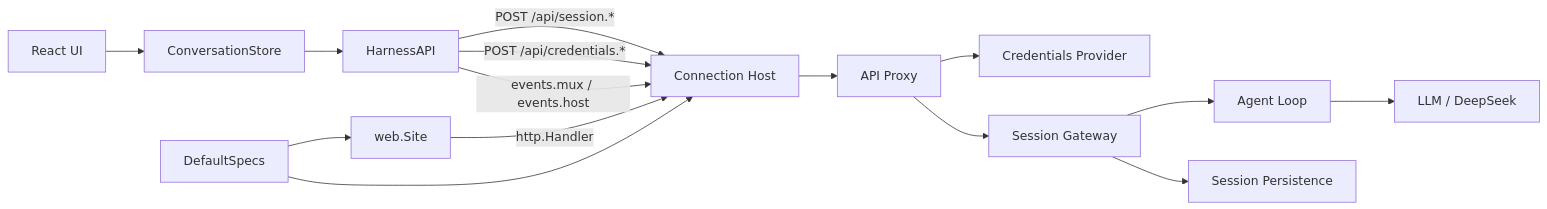
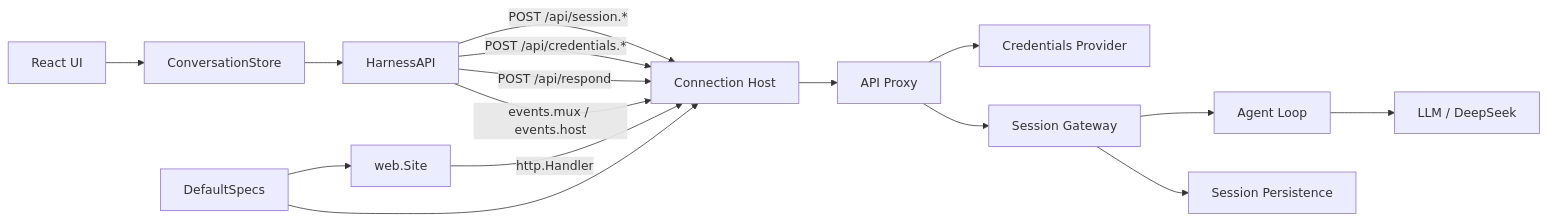
One commit to gorenx/goren changed the first of 3 diagrams in web/README.zh-CN.md. Above: the diagram before and after it, drawn with Mermaid. The commit also changed other lines of this file and 7 other files, not shown here.

Commit message:
docs: record Web question and startup flows

````diff
--- a/web/README.zh-CN.md
+++ b/web/README.zh-CN.md
@@ -26,18 +27,19 @@
 ```mermaid
 flowchart LR
     Browser[React UI] --> Store[ConversationStore]
     Store --> Client[HarnessAPI]
     Client -->|POST /api/session.*| Host[Connection Host]
     Client -->|POST /api/credentials.*| Host
+    Client -->|POST /api/respond| Host
     Client -->|events.mux / events.host| Host
     Host --> Proxy[API Proxy]
     Proxy --> Credentials[Credentials Provider]
     Proxy --> Session[Session Gateway]
     Session --> Agent[Agent Loop]
     Agent --> LLM[LLM / DeepSeek]
     Session --> Persistence[Session Persistence]
 
     Site[web.Site] -->|http.Handler| Host
     Assembly[DefaultSpecs] --> Site
     Assembly --> Host
 ```
````
